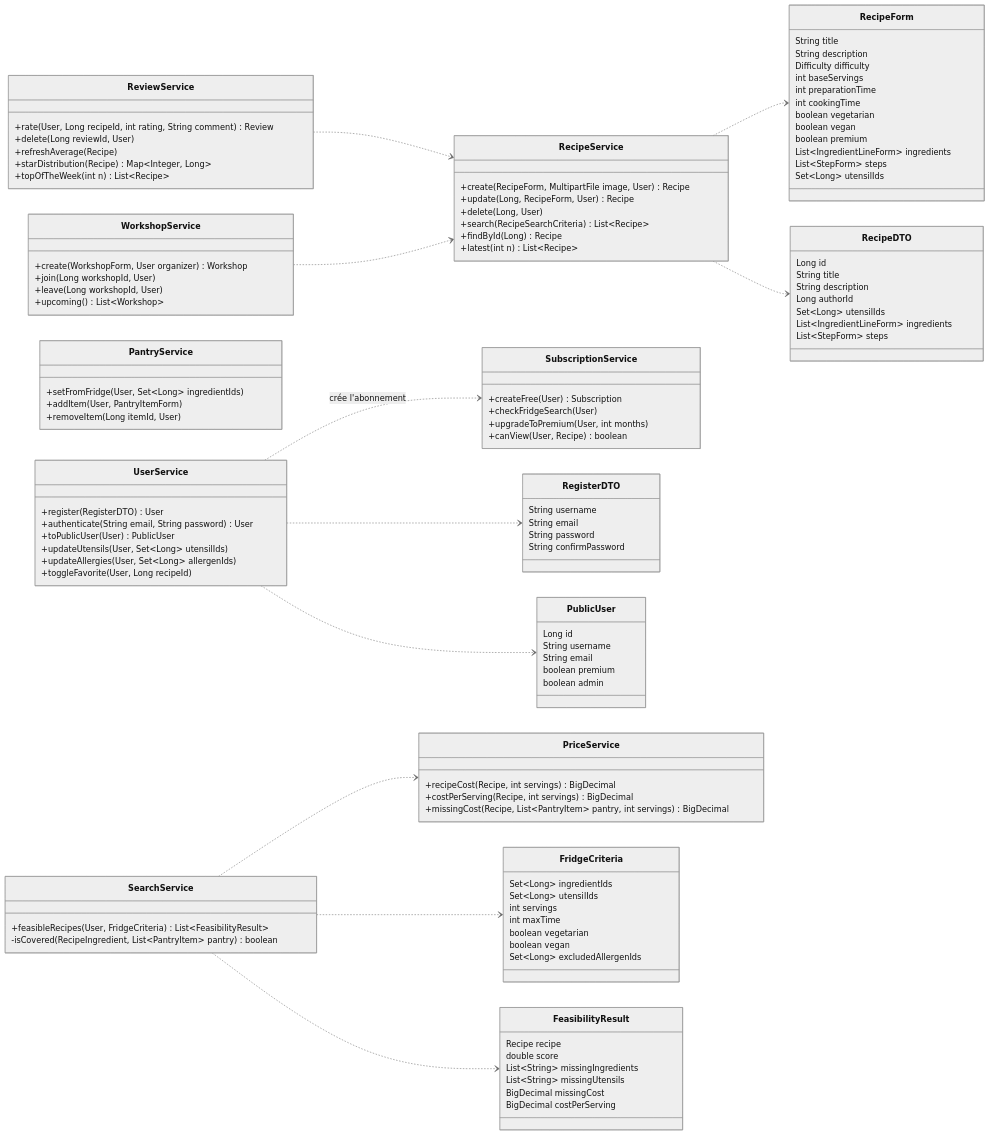
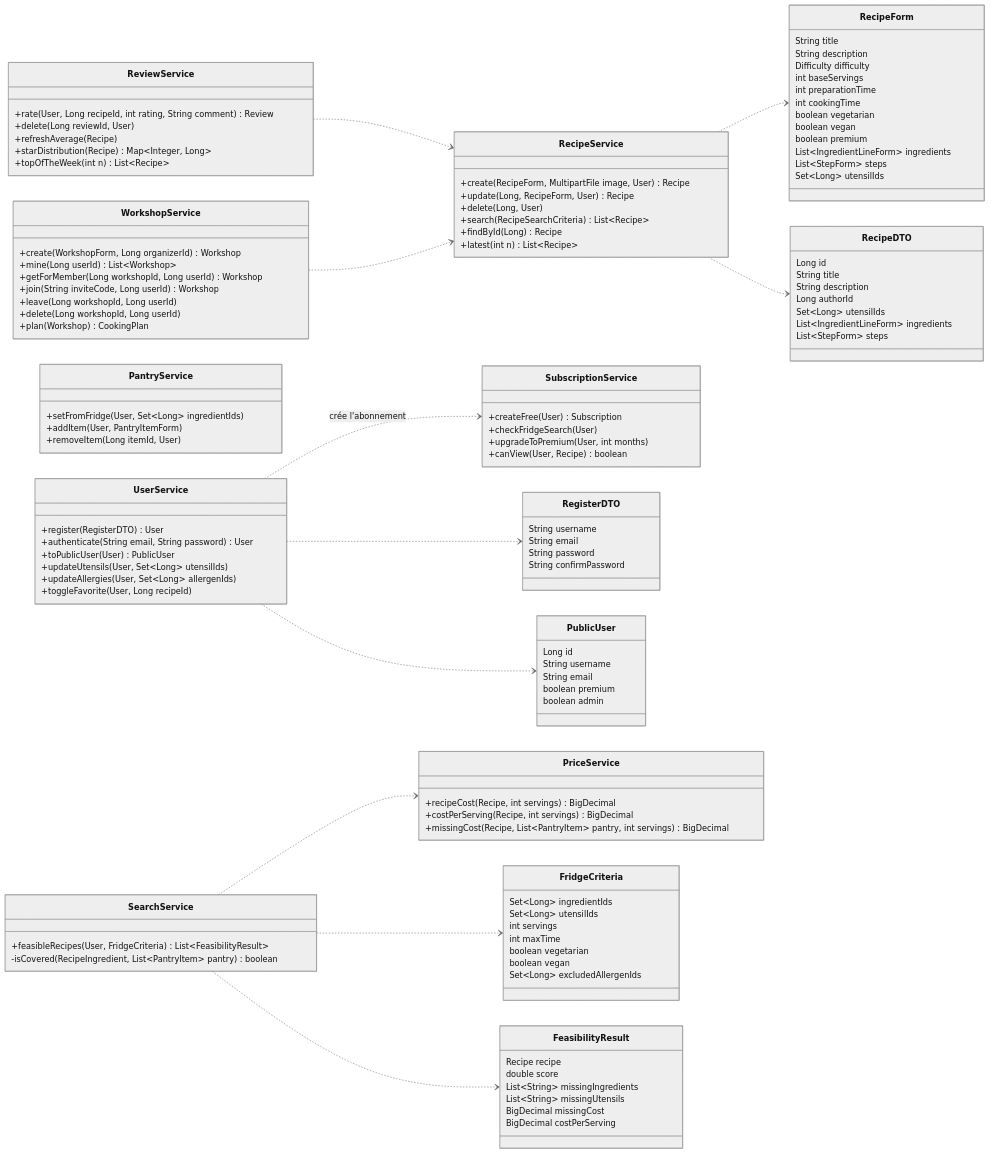
The second of 10 diagrams in diagramme-uml.md (CookieCode5/CookieApp), drawn with Mermaid (neutral theme) before and after one commit. The commit also changed other lines of this file and 8 other files, not shown here.

```diff
--- a/diagramme-uml.md
+++ b/diagramme-uml.md
@@ -322,10 +324,13 @@
         +missingCost(Recipe, List~PantryItem~ pantry, int servings) BigDecimal
     }
     class WorkshopService {
-        +create(WorkshopForm, User organizer) Workshop
-        +join(Long workshopId, User)
-        +leave(Long workshopId, User)
-        +upcoming() List~Workshop~
+        +create(WorkshopForm, Long organizerId) Workshop
+        +mine(Long userId) List~Workshop~
+        +getForMember(Long workshopId, Long userId) Workshop
+        +join(String inviteCode, Long userId) Workshop
+        +leave(Long workshopId, Long userId)
+        +delete(Long workshopId, Long userId)
+        +plan(Workshop) CookingPlan
     }
 
     class RegisterDTO {
```
